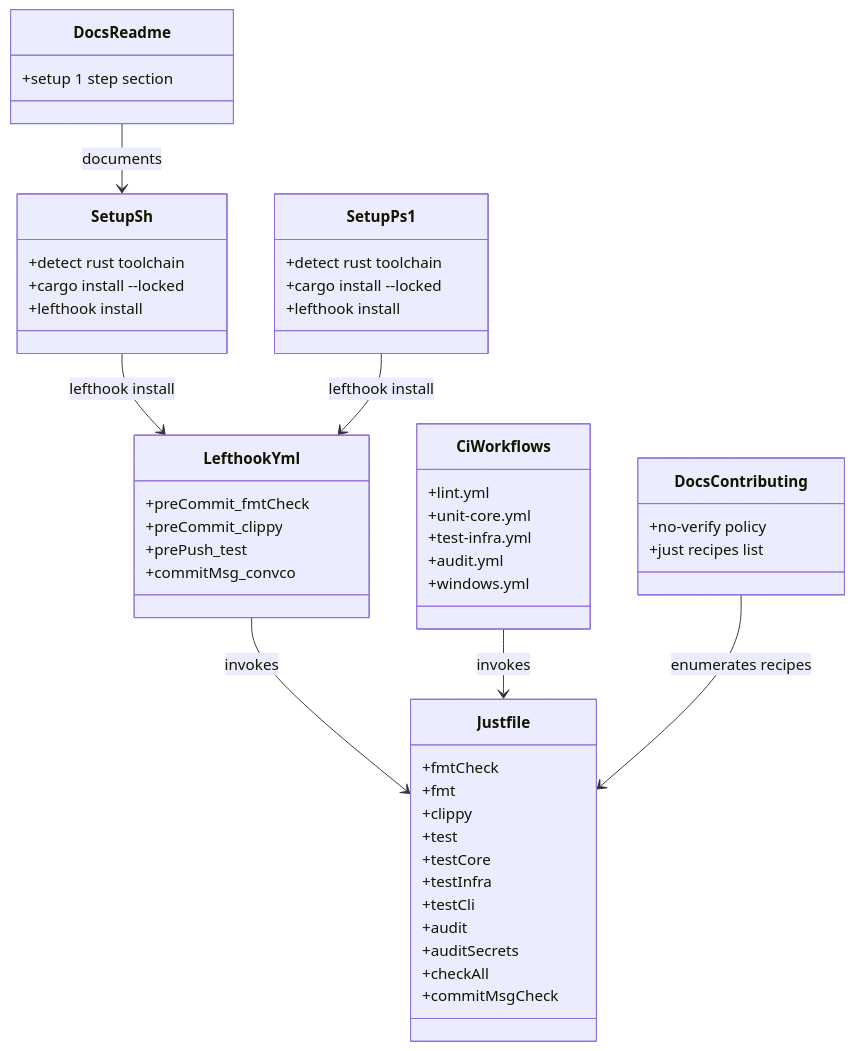
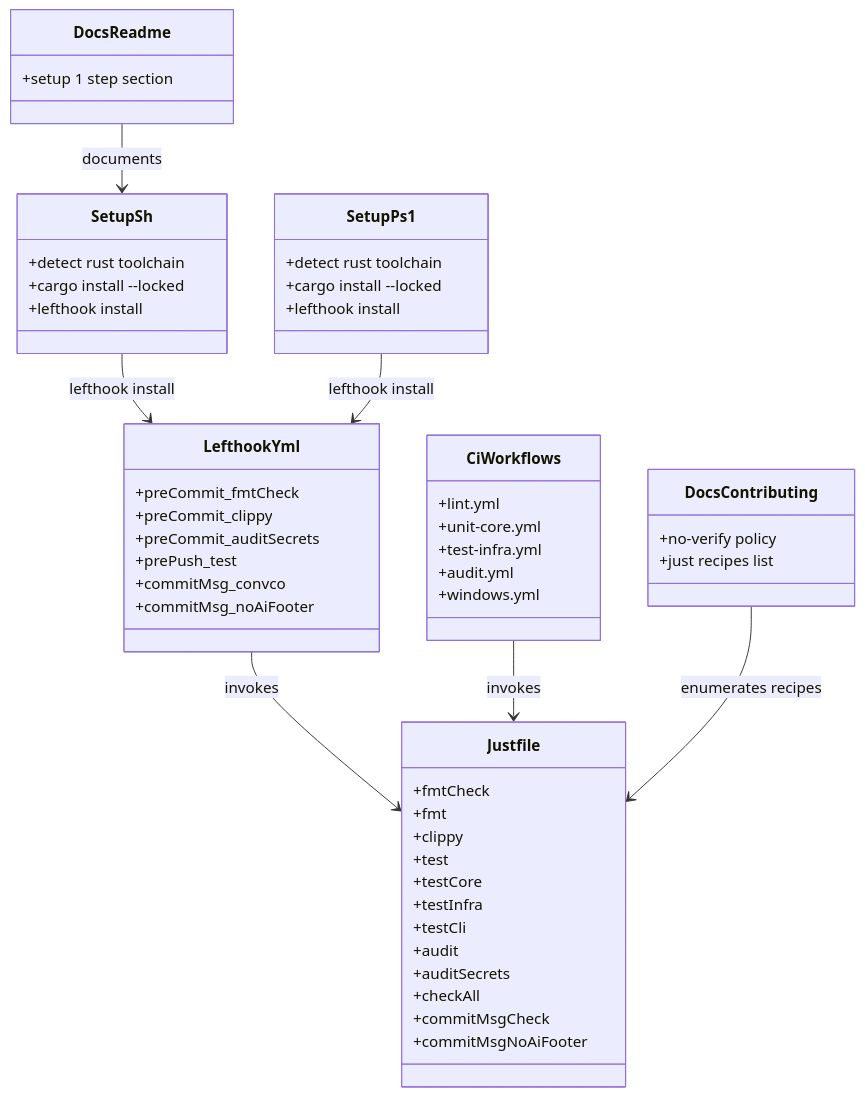
One commit to shikomi-dev/shikomi changed the first of 3 diagrams in docs/features/dev-workflow/basic-design.md. Above: the diagram before and after it, drawn with Mermaid. The commit also changed other lines of this file and 3 other files, not shown here.

````diff
--- a/docs/features/dev-workflow/basic-design.md
+++ b/docs/features/dev-workflow/basic-design.md
@@ -55,53 +55,56 @@
 ```mermaid
 classDiagram
     class Justfile {
         +fmtCheck
         +fmt
         +clippy
         +test
         +testCore
         +testInfra
         +testCli
         +audit
         +auditSecrets
         +checkAll
         +commitMsgCheck
+        +commitMsgNoAiFooter
     }
     class LefthookYml {
         +preCommit_fmtCheck
         +preCommit_clippy
+        +preCommit_auditSecrets
         +prePush_test
         +commitMsg_convco
+        +commitMsg_noAiFooter
     }
     class SetupSh {
         +detect rust toolchain
         +cargo install --locked
         +lefthook install
     }
     class SetupPs1 {
         +detect rust toolchain
         +cargo install --locked
         +lefthook install
     }
     class CiWorkflows {
         +lint.yml
         +unit-core.yml
         +test-infra.yml
         +audit.yml
         +windows.yml
     }
     class DocsReadme {
         +setup 1 step section
     }
     class DocsContributing {
         +no-verify policy
         +just recipes list
     }
 
     LefthookYml --> Justfile : invokes
     SetupSh --> LefthookYml : lefthook install
     SetupPs1 --> LefthookYml : lefthook install
     CiWorkflows --> Justfile : invokes
     DocsReadme --> SetupSh : documents
     DocsContributing --> Justfile : enumerates recipes
 ```
````
